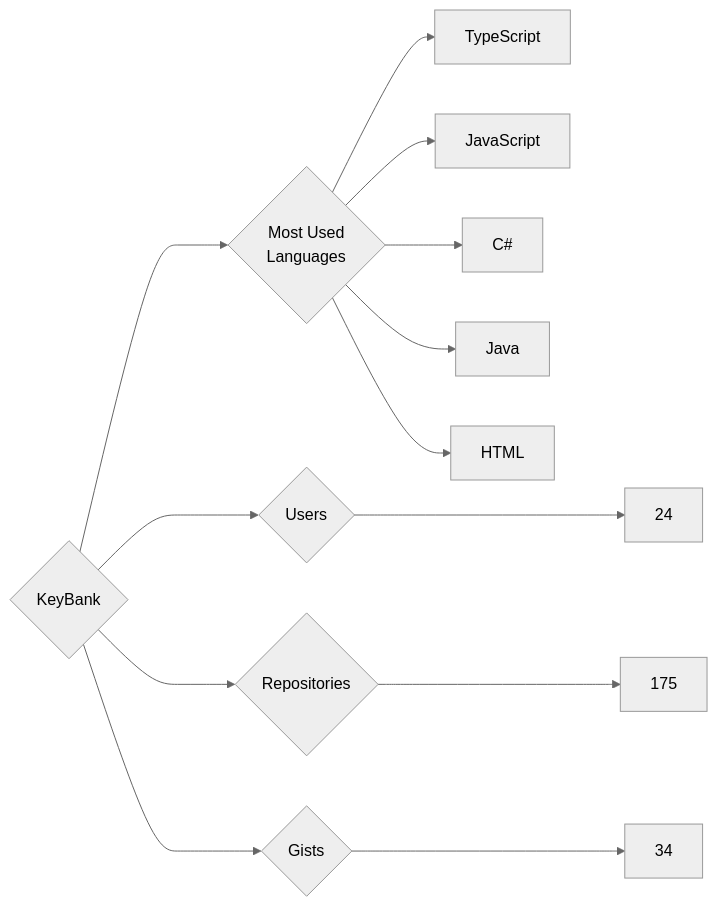
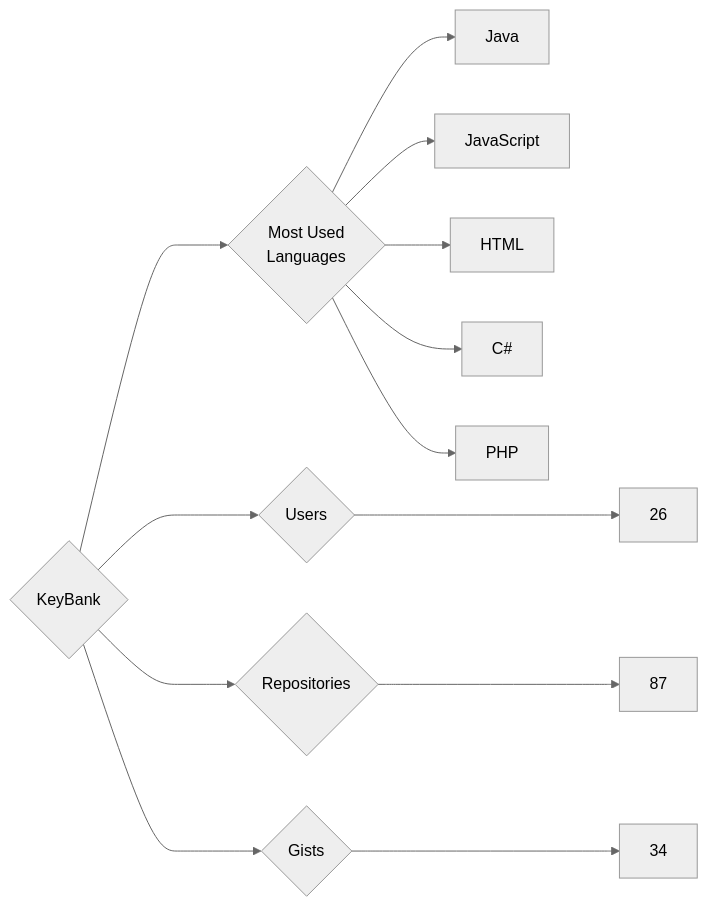
One commit to trickest/insiders changed the diagram in targets/KeyBank/README.md. Above: the diagram before and after it, drawn with Mermaid (neutral theme). The commit also changed 953 other files, not shown here.

````diff
--- a/targets/KeyBank/README.md
+++ b/targets/KeyBank/README.md
@@ -3,13 +3,13 @@
 ```mermaid
 graph LR
 COMPANY_NAME{KeyBank}
-COMPANY_NAME ---> U{Users} ---> UN[24]
-COMPANY_NAME ---> R{Repositories} ---> RN[175]
+COMPANY_NAME ---> U{Users} ---> UN[26]
+COMPANY_NAME ---> R{Repositories} ---> RN[87]
 COMPANY_NAME ---> G{Gists} ---> GN[34]
 COMPANY_NAME ---> ML{Most Used<br>Languages}
-ML --> TypeScript[TypeScript]
+ML --> Java[Java]
 ML --> JavaScript[JavaScript]
+ML --> HTML[HTML]
 ML --> C#[C#]
-ML --> Java[Java]
-ML --> HTML[HTML]
+ML --> PHP[PHP]
 ```
````
